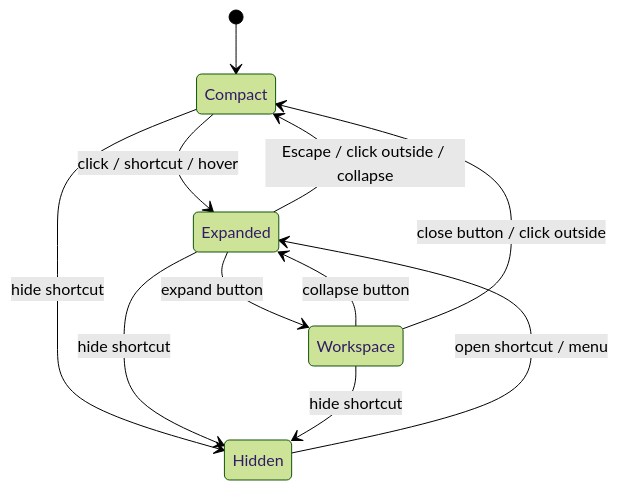
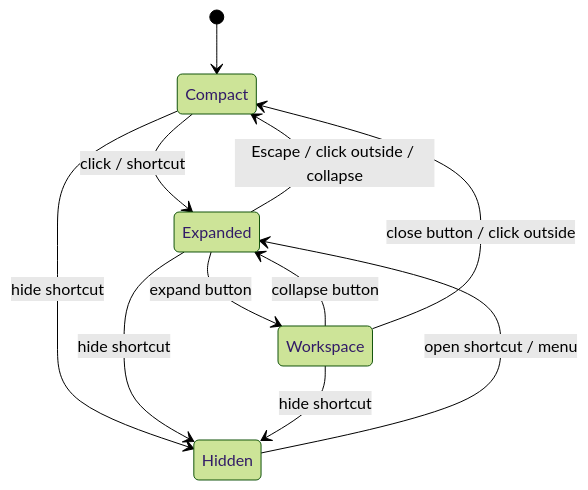
Before and after one commit to AlexeySharunov0/NOTCHORA: the second of 2 diagrams in ARCHITECTURE.md, drawn with Mermaid (forest theme). The commit also changed other lines of this file and 25 other files, not shown here.

````diff
--- a/ARCHITECTURE.md
+++ b/ARCHITECTURE.md
@@ -88,13 +88,13 @@
 ```mermaid
 stateDiagram-v2
     [*] --> Compact
-    Compact --> Expanded: click / shortcut / hover
+    Compact --> Expanded: click / shortcut
     Expanded --> Workspace: expand button
     Workspace --> Expanded: collapse button
     Expanded --> Compact: Escape / click outside / collapse
     Workspace --> Compact: close button / click outside
     Compact --> Hidden: hide shortcut
     Expanded --> Hidden: hide shortcut
     Workspace --> Hidden: hide shortcut
     Hidden --> Expanded: open shortcut / menu
 ```
````
